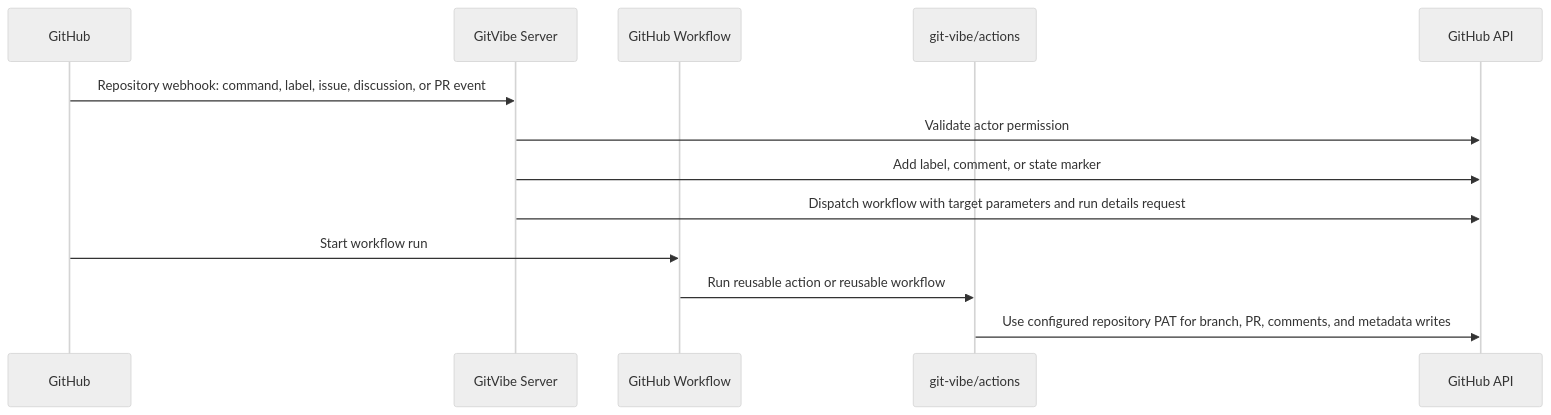
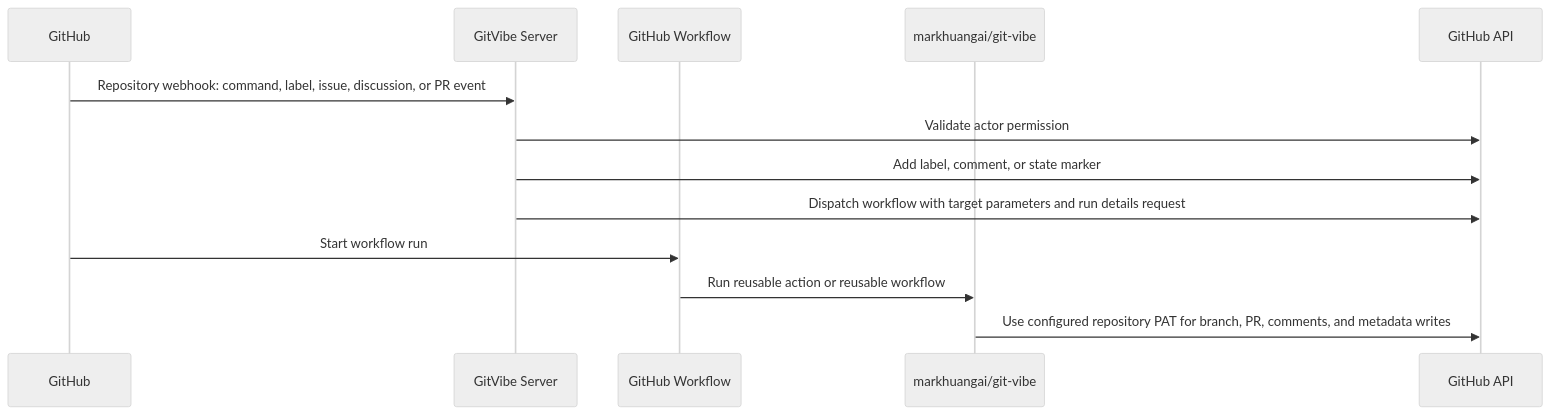
Before and after one commit to markhuangai/git-vibe: the second of 3 diagrams in docs/ARCHITECTURE.md, drawn with Mermaid (neutral theme). The commit also changed other lines of this file and 17 other files, not shown here.

````diff
--- a/docs/ARCHITECTURE.md
+++ b/docs/ARCHITECTURE.md
@@ -60,16 +60,16 @@
 ```mermaid
 sequenceDiagram
   participant GH as GitHub
   participant App as GitVibe Server
   participant WF as GitHub Workflow
-  participant Act as git-vibe/actions
+  participant Act as markhuangai/git-vibe
   participant API as GitHub API
 
   GH->>App: Repository webhook: command, label, issue, discussion, or PR event
   App->>API: Validate actor permission
   App->>API: Add label, comment, or state marker
   App->>API: Dispatch workflow with target parameters and run details request
   GH->>WF: Start workflow run
   WF->>Act: Run reusable action or reusable workflow
   Act->>API: Use configured repository PAT for branch, PR, comments, and metadata writes
 ```
````
